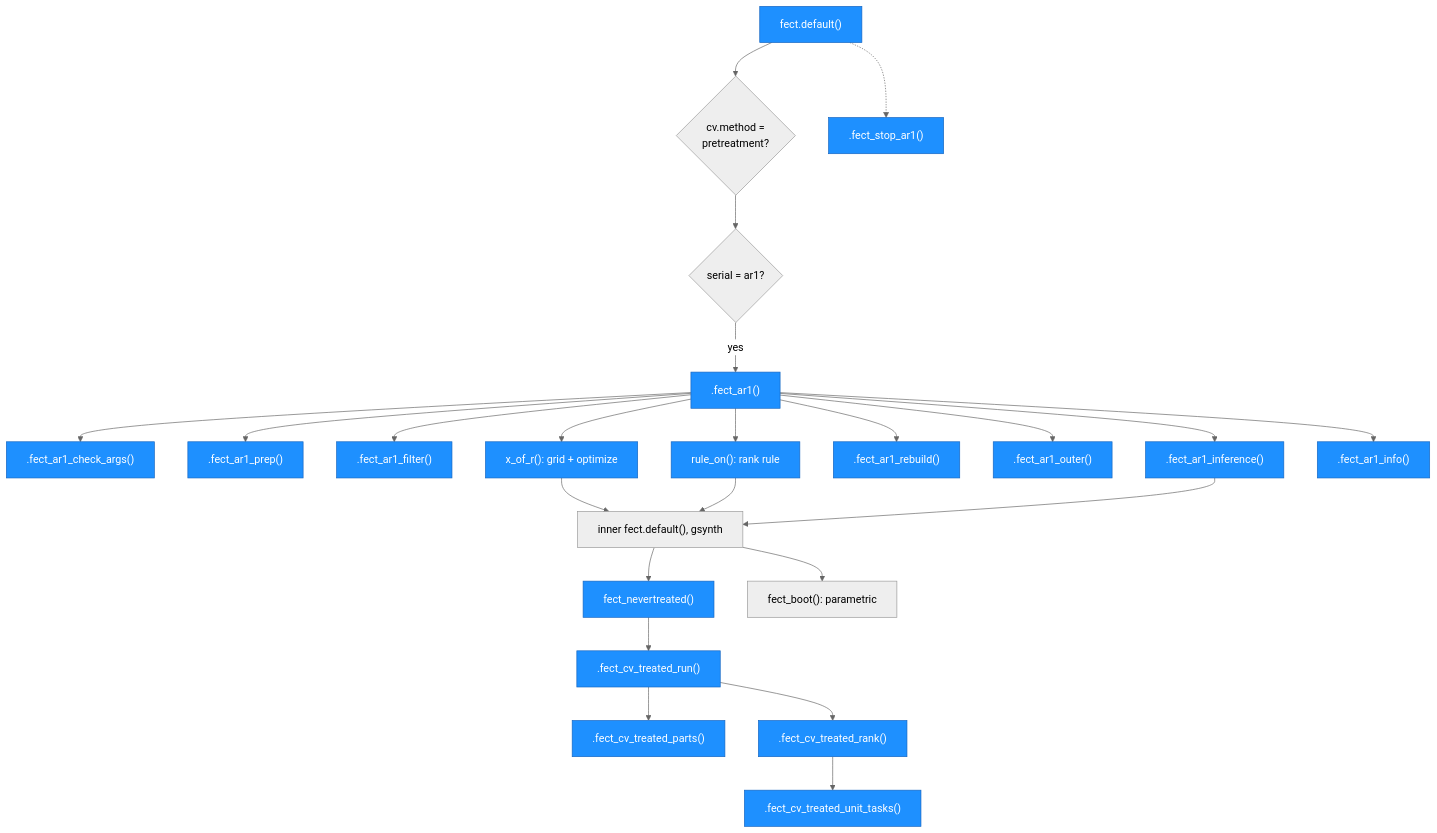
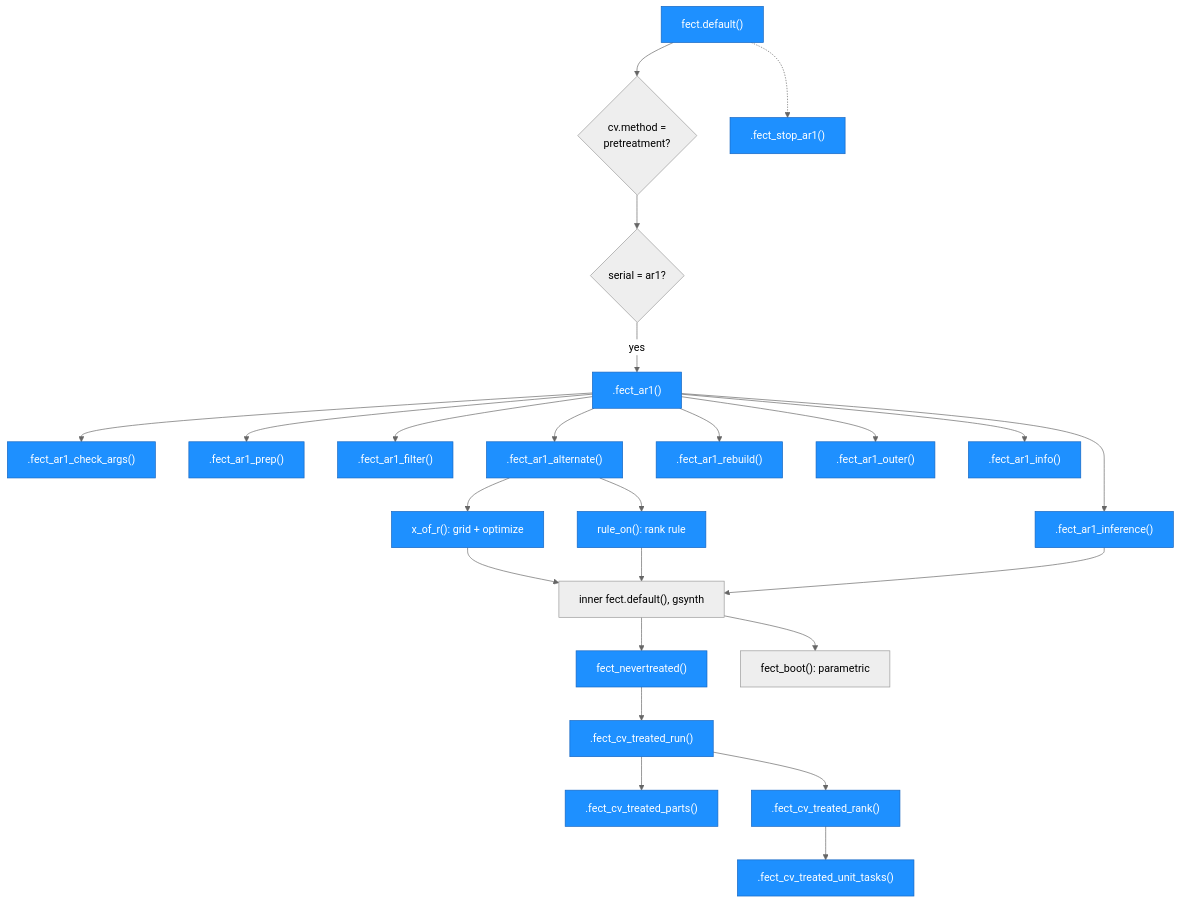
The seventh of 9 diagrams in ARCHITECTURE.md (xuyiqing/fect), drawn with Mermaid before and after one commit. The commit also changed other lines of this file and 4 other files, not shown here.

Commit message:
scriber: AR(1) docs stage 2 (simulation-based guidance, amendments 2 fields, limitation, ARCHITECTURE)

````diff
--- a/ARCHITECTURE.md
+++ b/ARCHITECTURE.md
@@ -527,66 +529,69 @@
 ```mermaid
 %%{init: {'theme': 'neutral'}}%%
 graph TD
     FD["fect.default()"]
     G1{"cv.method =<br/>pretreatment?"}
     G2{"serial = ar1?"}
     AR[".fect_ar1()"]
     CK[".fect_ar1_check_args()"]
     PR[".fect_ar1_prep()"]
     FL[".fect_ar1_filter()"]
+    AL[".fect_ar1_alternate()"]
     XR["x_of_r(): grid + optimize"]
     RO["rule_on(): rank rule"]
     IN["inner fect.default(), gsynth"]
     NT["fect_nevertreated()"]
     CR[".fect_cv_treated_run()"]
     CP[".fect_cv_treated_parts()"]
     CA[".fect_cv_treated_rank()"]
     CU[".fect_cv_treated_unit_tasks()"]
     RB[".fect_ar1_rebuild()"]
     OU[".fect_ar1_outer()"]
     BI[".fect_ar1_inference()"]
     FB["fect_boot(): parametric"]
     AI[".fect_ar1_info()"]
     ST[".fect_stop_ar1()"]
 
     FD --> G1
     G1 --> G2
     G2 -->|"yes"| AR
     AR --> CK
     AR --> PR
     AR --> FL
-    AR --> XR
-    AR --> RO
+    AR --> AL
+    AL --> XR
+    AL --> RO
     AR --> RB
     AR --> OU
     AR --> BI
     AR --> AI
     XR --> IN
     RO --> IN
     IN --> NT
     NT --> CR
     CR --> CP
     CR --> CA
     CA --> CU
     BI --> IN
     IN --> FB
     FD -.-> ST
 
     style FD fill:#1e90ff,stroke:#1565c0,color:#fff
     style NT fill:#1e90ff,stroke:#1565c0,color:#fff
     style AR fill:#1e90ff,stroke:#1565c0,color:#fff
     style CK fill:#1e90ff,stroke:#1565c0,color:#fff
     style PR fill:#1e90ff,stroke:#1565c0,color:#fff
     style FL fill:#1e90ff,stroke:#1565c0,color:#fff
+    style AL fill:#1e90ff,stroke:#1565c0,color:#fff
     style XR fill:#1e90ff,stroke:#1565c0,color:#fff
     style RO fill:#1e90ff,stroke:#1565c0,color:#fff
     style RB fill:#1e90ff,stroke:#1565c0,color:#fff
     style OU fill:#1e90ff,stroke:#1565c0,color:#fff
     style BI fill:#1e90ff,stroke:#1565c0,color:#fff
     style AI fill:#1e90ff,stroke:#1565c0,color:#fff
     style ST fill:#1e90ff,stroke:#1565c0,color:#fff
     style CR fill:#1e90ff,stroke:#1565c0,color:#fff
     style CP fill:#1e90ff,stroke:#1565c0,color:#fff
     style CA fill:#1e90ff,stroke:#1565c0,color:#fff
     style CU fill:#1e90ff,stroke:#1565c0,color:#fff
 ```
````
